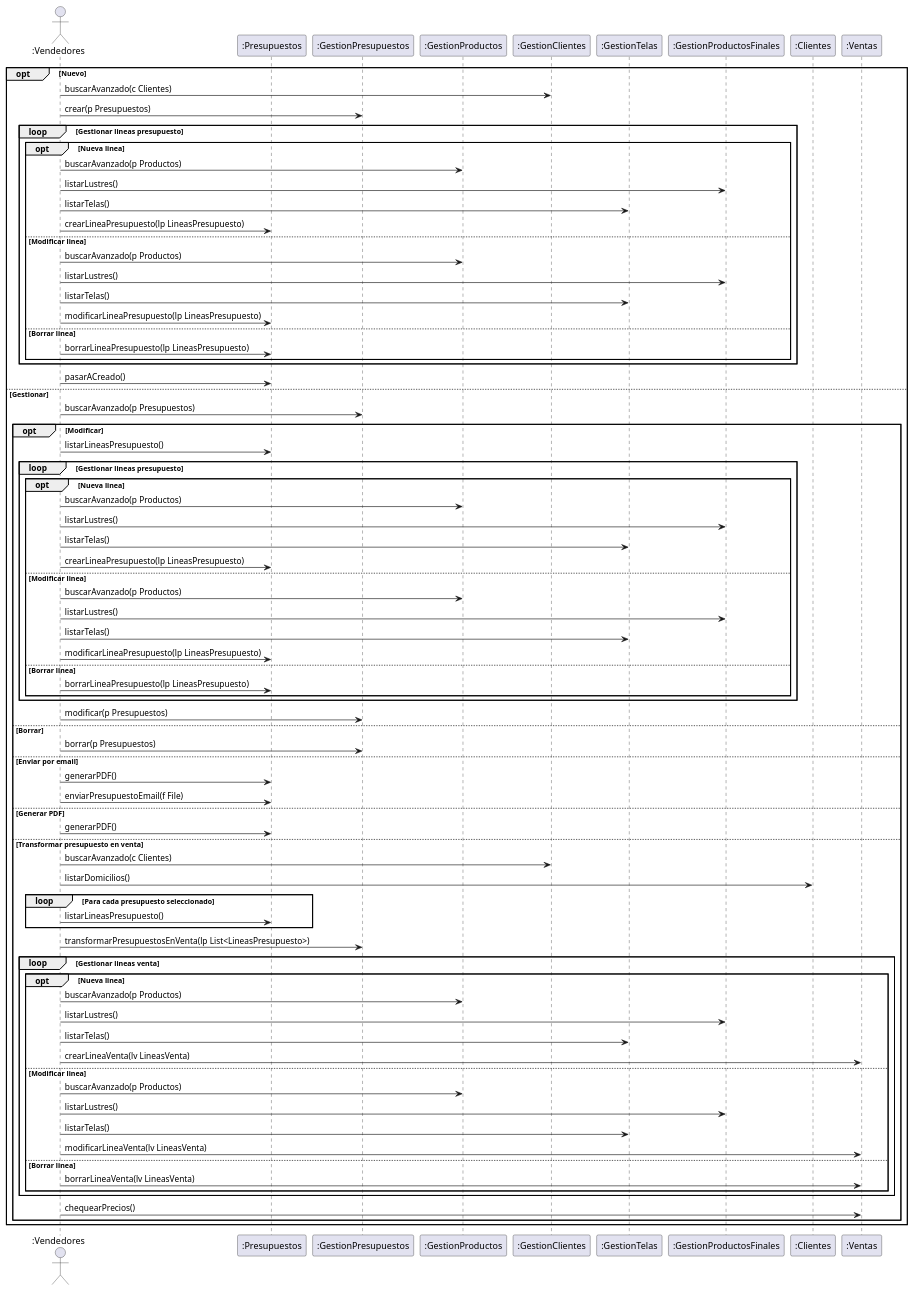
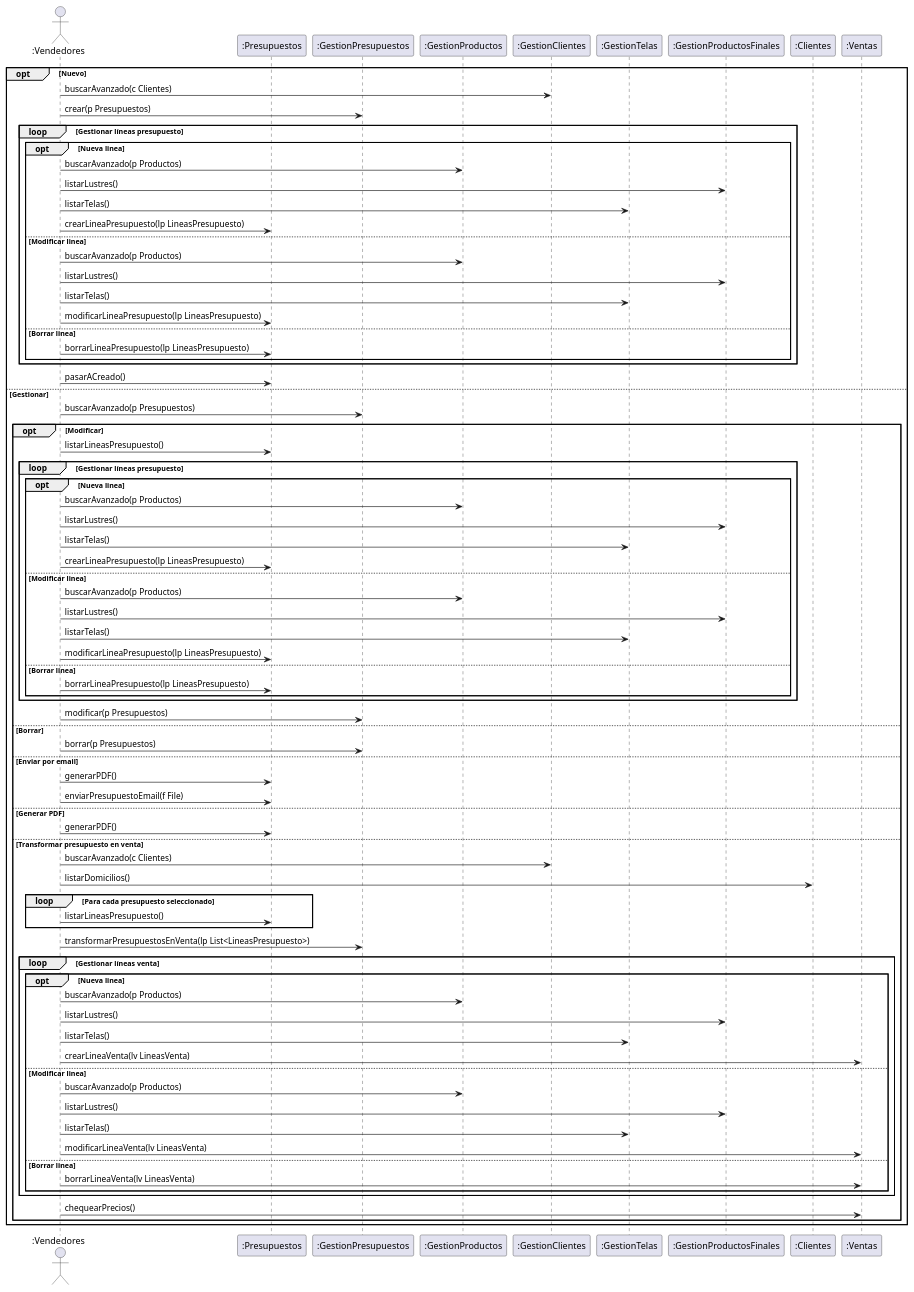
The third of 4 diagrams in DiagramasSecuencia/DiagramaDeSecuencia.puml (ZMGestion/DocumentacionZMGestion), drawn with PlantUML before and after one commit. The commit also changed other lines of this file and 61 other files, not shown here.

```diff
--- a/DiagramasSecuencia/DiagramaDeSecuencia.puml
+++ b/DiagramasSecuencia/DiagramaDeSecuencia.puml
@@ -64,83 +64,83 @@
 @startuml GestionPresupuestos
     actor ":Vendedores" as Vendedores
     participant ":Presupuestos" as Presupuestos
     participant ":GestionPresupuestos" as GestionPresupuestos
     participant ":GestionProductos" as GestionProductos
     participant ":GestionClientes" as GestionClientes
     participant ":GestionTelas" as GestionTelas
     participant ":GestionProductosFinales" as GestionProductosFinales
     participant ":Clientes" as Clientes
     participant ":Ventas" as Ventas
 
     opt Nuevo
         Vendedores -> GestionClientes: buscarAvanzado(c Clientes)
         Vendedores -> GestionPresupuestos: crear(p Presupuestos)
-        loop Gestionar lineas presupuesto
+        loop Gestionar líneas presupuesto
             opt Nueva linea
                 Vendedores -> GestionProductos: buscarAvanzado(p Productos)
                 Vendedores -> GestionProductosFinales: listarLustres()
                 Vendedores -> GestionTelas: listarTelas()
                 Vendedores -> Presupuestos: crearLineaPresupuesto(lp LineasPresupuesto)
             else Modificar linea
                 Vendedores -> GestionProductos: buscarAvanzado(p Productos)
                 Vendedores -> GestionProductosFinales: listarLustres()
                 Vendedores -> GestionTelas: listarTelas()
                 Vendedores -> Presupuestos: modificarLineaPresupuesto(lp LineasPresupuesto)
             else Borrar linea
                 Vendedores -> Presupuestos: borrarLineaPresupuesto(lp LineasPresupuesto)
             end
         end 
         Vendedores -> Presupuestos: pasarACreado()
     else Gestionar
         Vendedores -> GestionPresupuestos: buscarAvanzado(p Presupuestos)
         opt Modificar
             Vendedores -> Presupuestos: listarLineasPresupuesto()
-            loop Gestionar lineas presupuesto
+            loop Gestionar líneas presupuesto
                 opt Nueva linea
                     Vendedores -> GestionProductos: buscarAvanzado(p Productos)
                     Vendedores -> GestionProductosFinales: listarLustres()
                     Vendedores -> GestionTelas: listarTelas()
                     Vendedores -> Presupuestos: crearLineaPresupuesto(lp LineasPresupuesto)
                 else Modificar linea
                     Vendedores -> GestionProductos: buscarAvanzado(p Productos)
                     Vendedores -> GestionProductosFinales: listarLustres()
                     Vendedores -> GestionTelas: listarTelas()
                     Vendedores -> Presupuestos: modificarLineaPresupuesto(lp LineasPresupuesto)
                 else Borrar linea
                     Vendedores -> Presupuestos: borrarLineaPresupuesto(lp LineasPresupuesto)
                 end
             end
             Vendedores -> GestionPresupuestos: modificar(p Presupuestos)
         else Borrar
             Vendedores -> GestionPresupuestos: borrar(p Presupuestos)
         else Enviar por email
             Vendedores -> Presupuestos: generarPDF()
             Vendedores -> Presupuestos: enviarPresupuestoEmail(f File)
         else Generar PDF
             Vendedores -> Presupuestos: generarPDF()
         else Transformar presupuesto en venta
             Vendedores -> GestionClientes: buscarAvanzado(c Clientes)
             Vendedores -> Clientes: listarDomicilios()
             loop Para cada presupuesto seleccionado
                 Vendedores -> Presupuestos: listarLineasPresupuesto()
             end
             Vendedores -> GestionPresupuestos: transformarPresupuestosEnVenta(lp List<LineasPresupuesto>)
-            loop Gestionar lineas venta
+            loop Gestionar líneas venta
                 opt Nueva linea
                     Vendedores -> GestionProductos: buscarAvanzado(p Productos)
                     Vendedores -> GestionProductosFinales: listarLustres()
                     Vendedores -> GestionTelas: listarTelas()
                     Vendedores -> Ventas: crearLineaVenta(lv LineasVenta)
                 else Modificar linea
                     Vendedores -> GestionProductos: buscarAvanzado(p Productos)
                     Vendedores -> GestionProductosFinales: listarLustres()
                     Vendedores -> GestionTelas: listarTelas()
                     Vendedores -> Ventas: modificarLineaVenta(lv LineasVenta)
                 else Borrar linea
                     Vendedores -> Ventas: borrarLineaVenta(lv LineasVenta)
                 end
             end
             Vendedores -> Ventas: chequearPrecios()
         end
     end
 @enduml
```
